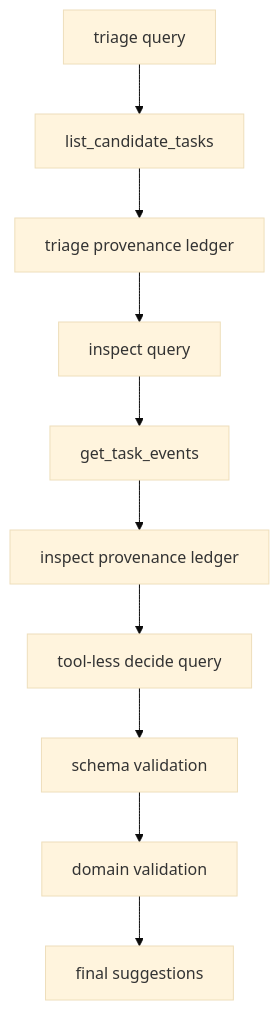
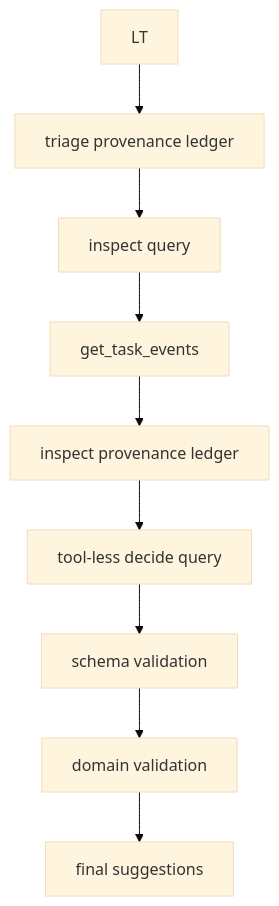
One commit to agent-tracer/tracer-agent-ts changed the third of 5 diagrams in services/agent-worker/src/domain/cleanup/README.md. Above: the diagram before and after it, drawn with Mermaid (base theme). The commit also changed other lines of this file and 7 other files, not shown here.

````diff
--- a/services/agent-worker/src/domain/cleanup/README.md
+++ b/services/agent-worker/src/domain/cleanup/README.md
@@ -72,12 +72,11 @@
 ```mermaid
 flowchart TD
-    TRIAGE[triage query] --> LT[list_candidate_tasks]
     LT --> LEDGER1[triage provenance ledger]
     LEDGER1 --> INSPECT[inspect query]
     INSPECT --> ET[get_task_events]
     ET --> LEDGER2[inspect provenance ledger]
     LEDGER2 --> DECIDE[tool-less decide query]
     DECIDE --> SCHEMA[schema validation]
     SCHEMA --> DOMAIN[domain validation]
     DOMAIN --> RESULT[final suggestions]
 ```
````
